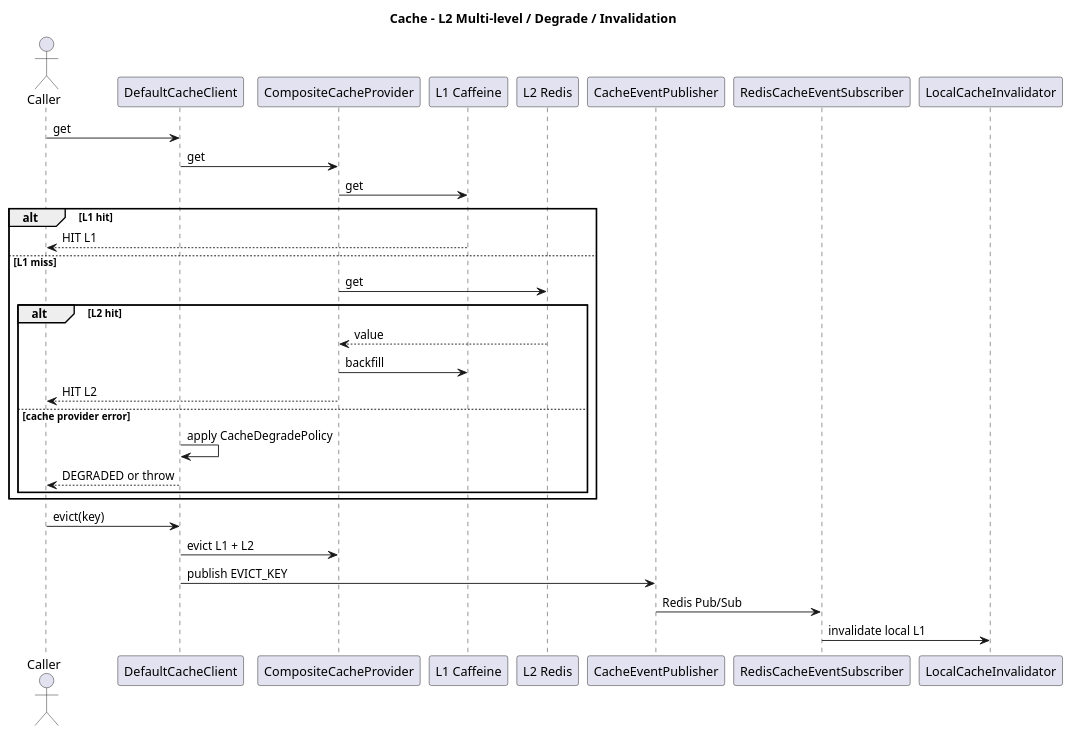
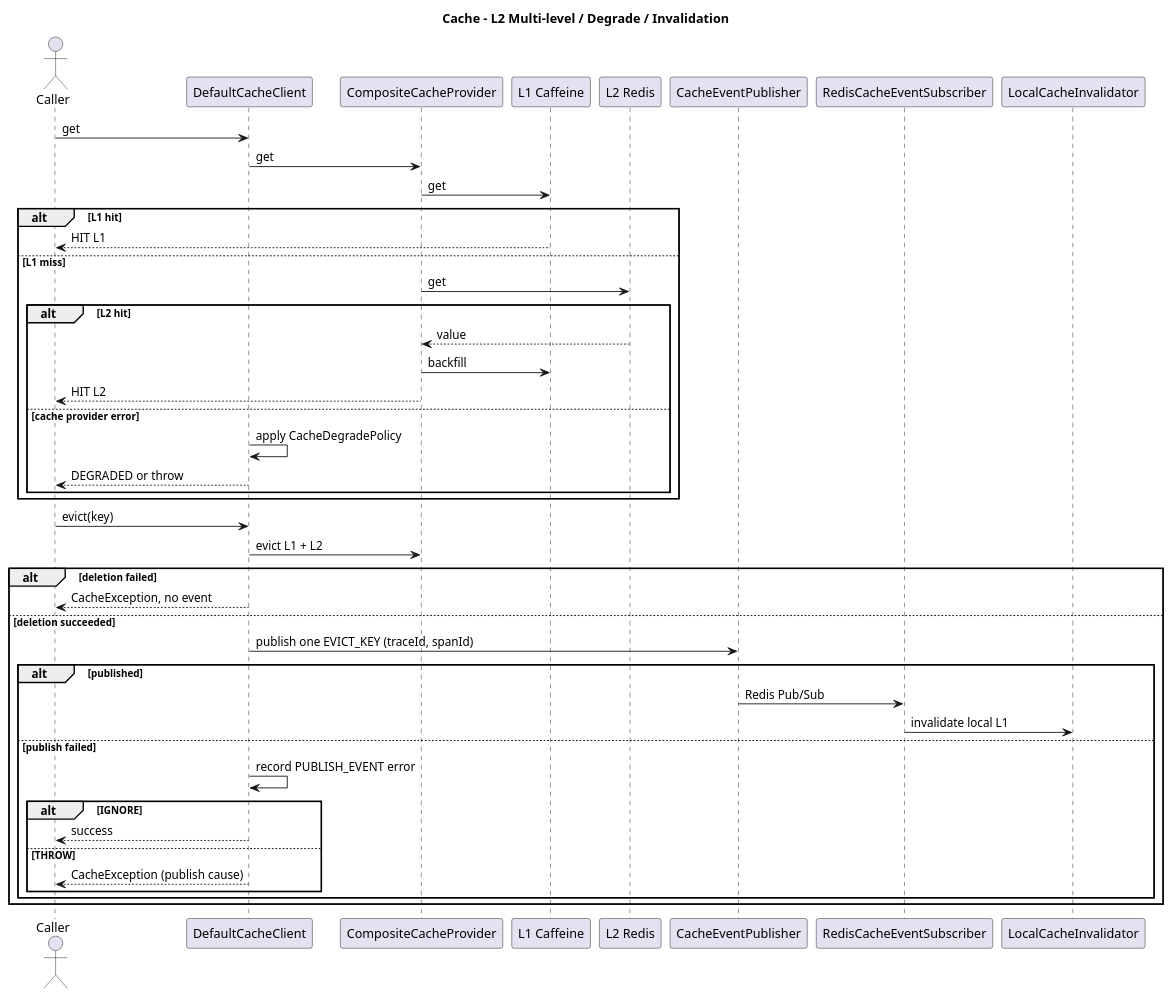
Before and after one commit to pbxjtumse/iron-components-java: the diagram in component/cache-component/docs/diagrams/sequence/L2-scenario-flow.puml, drawn with PlantUML. The commit also changed 31 other files, not shown here.

```diff
--- a/component/cache-component/docs/diagrams/sequence/L2-scenario-flow.puml
+++ b/component/cache-component/docs/diagrams/sequence/L2-scenario-flow.puml
@@ -1,34 +1,47 @@
 @startuml
 title Cache - L2 Multi-level / Degrade / Invalidation
 actor Caller
 participant DefaultCacheClient as C
 participant CompositeCacheProvider as CP
 participant "L1 Caffeine" as L1
 participant "L2 Redis" as L2
 participant CacheEventPublisher as EP
 participant RedisCacheEventSubscriber as ES
 participant LocalCacheInvalidator as LI
 
 Caller -> C : get
 C -> CP : get
 CP -> L1 : get
 alt L1 hit
   L1 --> Caller : HIT L1
 else L1 miss
   CP -> L2 : get
   alt L2 hit
     L2 --> CP : value
     CP -> L1 : backfill
     CP --> Caller : HIT L2
   else cache provider error
     C -> C : apply CacheDegradePolicy
     C --> Caller : DEGRADED or throw
   end
 end
 
 Caller -> C : evict(key)
 C -> CP : evict L1 + L2
-C -> EP : publish EVICT_KEY
-EP -> ES : Redis Pub/Sub
-ES -> LI : invalidate local L1
+alt deletion failed
+  C --> Caller : CacheException, no event
+else deletion succeeded
+  C -> EP : publish one EVICT_KEY (traceId, spanId)
+  alt published
+    EP -> ES : Redis Pub/Sub
+    ES -> LI : invalidate local L1
+  else publish failed
+    C -> C : record PUBLISH_EVENT error
+    alt IGNORE
+      C --> Caller : success
+    else THROW
+      C --> Caller : CacheException (publish cause)
+    end
+  end
+end
 @enduml
```
